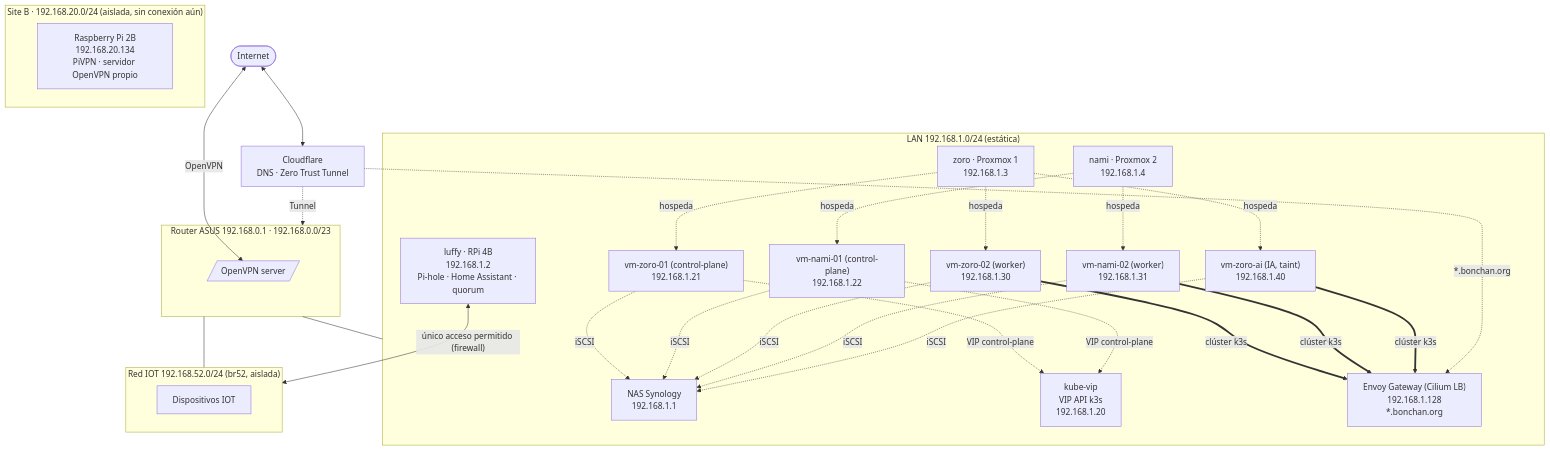
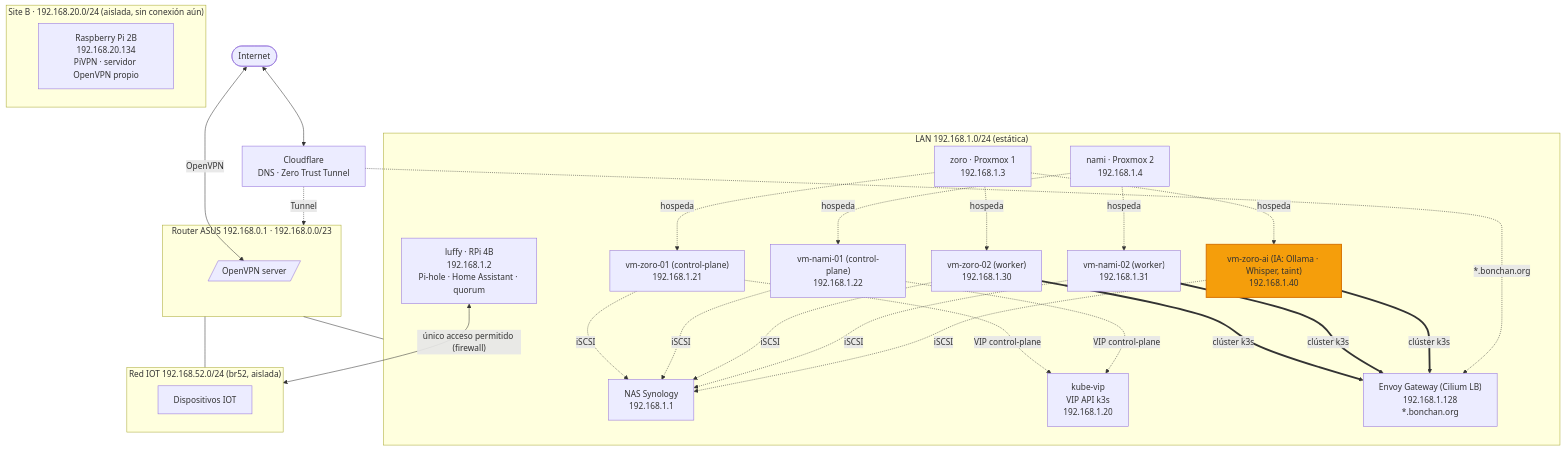
One commit to Jasviers/homelab changed the first of 2 diagrams in README.md. Above: the diagram before and after it, drawn with Mermaid. The commit also changed other lines of this file and 8 other files, not shown here.

````diff
--- a/README.md
+++ b/README.md
@@ -121,48 +126,49 @@
 ```mermaid
 flowchart TB
     internet([Internet])
     cf[Cloudflare<br/>DNS · Zero Trust Tunnel]
     internet <--> cf
 
     subgraph asus["Router ASUS 192.168.0.1 · 192.168.0.0/23"]
         vpn[/OpenVPN server/]
     end
     internet <-->|OpenVPN| vpn
     cf -.->|Tunnel| asus
 
     subgraph lan["LAN 192.168.1.0/24 (estática)"]
+        classDef ai fill:#f59e0b,stroke:#d97706,stroke-width:2px
         nas["NAS Synology<br/>192.168.1.1"]
         luffy["luffy · RPi 4B<br/>192.168.1.2<br/>Pi-hole · Home Assistant · quorum"]
         zoro["zoro · Proxmox 1<br/>192.168.1.3"]
         nami["nami · Proxmox 2<br/>192.168.1.4"]
         vm1["vm-zoro-01 (control-plane)<br/>192.168.1.21"]
         vm2["vm-nami-01 (control-plane)<br/>192.168.1.22"]
         vm3["vm-zoro-02 (worker)<br/>192.168.1.30"]
         vm4["vm-nami-02 (worker)<br/>192.168.1.31"]
-        vm5["vm-zoro-ai (IA, taint)<br/>192.168.1.40"]
+        vm5["vm-zoro-ai (IA: Ollama · Whisper, taint)<br/>192.168.1.40"]:::ai
         kvip["kube-vip<br/>VIP API k3s<br/>192.168.1.20"]
         gw["Envoy Gateway (Cilium LB)<br/>192.168.1.128<br/>*.bonchan.org"]
     end
 
     asus --- lan
     zoro -.->|hospeda| vm1
     zoro -.->|hospeda| vm3
     zoro -.->|hospeda| vm5
     nami -.->|hospeda| vm2
     nami -.->|hospeda| vm4
     vm3 & vm4 & vm5 ==>|clúster k3s| gw
     vm1 & vm2 -.->|VIP control-plane| kvip
     vm1 & vm2 & vm3 & vm4 & vm5 -.->|iSCSI| nas
 
     subgraph iot["Red IOT 192.168.52.0/24 (br52, aislada)"]
         dispositivos["Dispositivos IOT"]
     end
     asus --- iot
     luffy <-->|"único acceso permitido (firewall)"| iot
 
     cf -.->|*.bonchan.org| gw
 
     subgraph siteb["Site B · 192.168.20.0/24 (aislada, sin conexión aún)"]
         pivpn["Raspberry Pi 2B<br/>192.168.20.134<br/>PiVPN · servidor OpenVPN propio"]
     end
 ```
````
